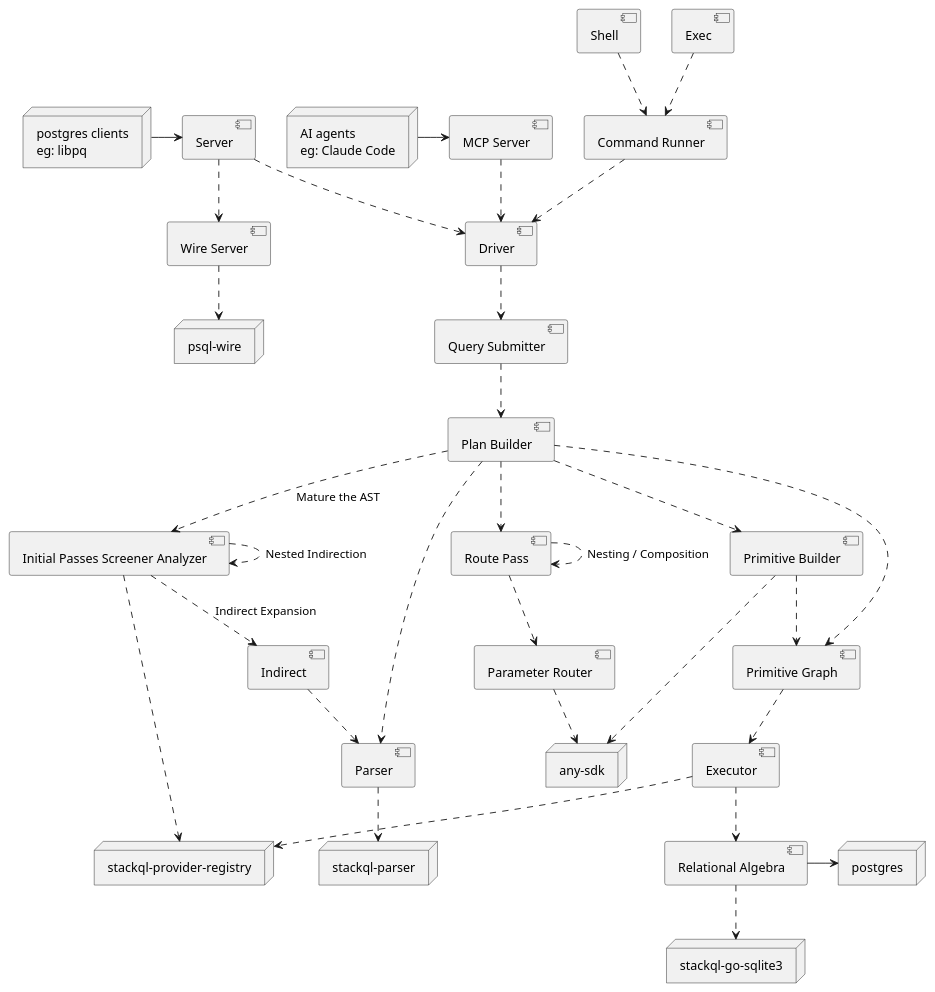
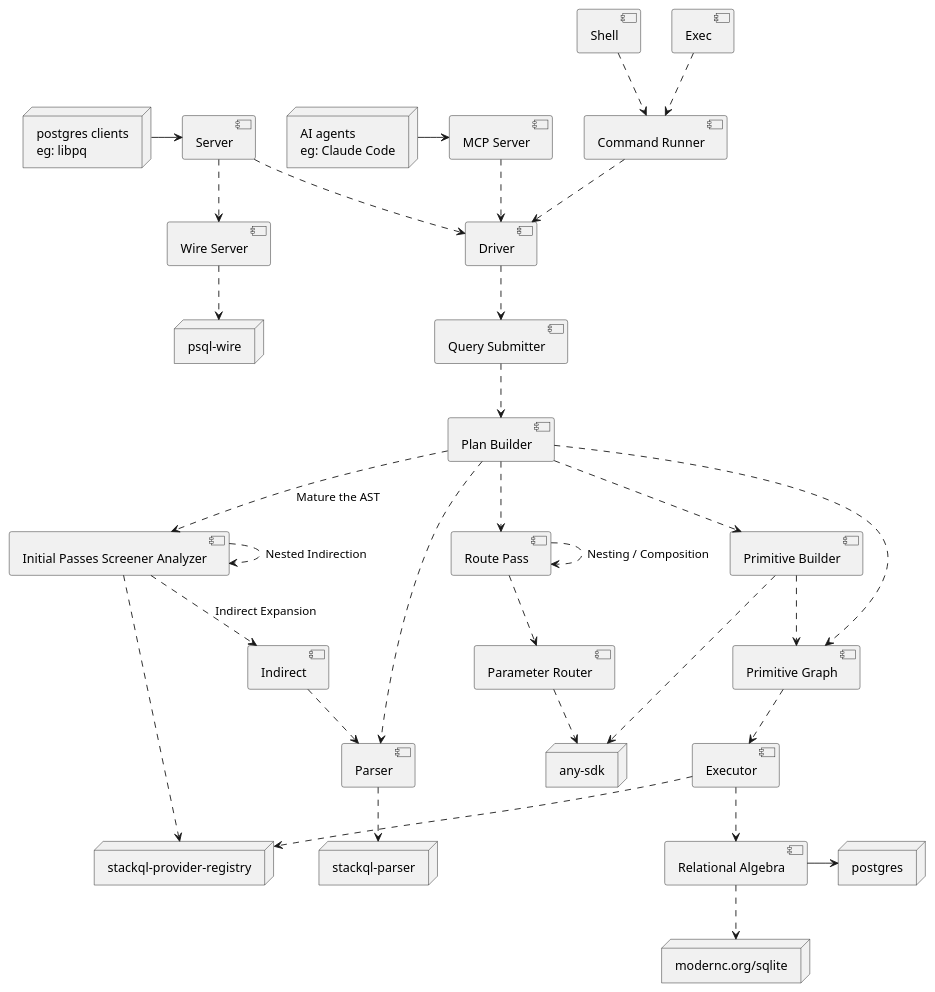
The diagram in docs/diagrams/plantuml/hld-components.puml (stackql/stackql), drawn with PlantUML before and after one commit. The commit also changed 28 other files, not shown here.

First line of the commit message:
migrate-embedded-sqlite-to-pure-go-modernc (#786)

```diff
--- a/docs/diagrams/plantuml/hld-components.puml
+++ b/docs/diagrams/plantuml/hld-components.puml
@@ -1,46 +1,46 @@
 @startuml
 
 node "any-sdk" as AnySdk
 node "stackql-parser" as StackQLParser
 node "psql-wire" as PsqlWire
 node "stackql-provider-registry" as ProviderRegistry
-node "stackql-go-sqlite3" as StackqlSqlite
+node "modernc.org/sqlite" as StackqlSqlite
 node "postgres" as Postgres
 node "postgres clients\neg: libpq" as PostgresClient
 node "AI agents\neg: Claude Code" as AIAgent
 
 [Shell] ..> [Command Runner]
 [Exec] ..> [Command Runner]
 [Command Runner] ..> [Driver]
 PostgresClient ->  [Server]
 [Server] ..> [Driver]
 [Server] ..> [Wire Server]
 [Wire Server] ..> PsqlWire
 [MCP Server] ..> [Driver]
 AIAgent -> [MCP Server]
 [Driver] ..> [Query Submitter]
 [Query Submitter] ..> [Plan Builder]
 [Plan Builder] ..> [Initial Passes Screener Analyzer] : Mature the AST
 [Initial Passes Screener Analyzer] ..> [Initial Passes Screener Analyzer] : Nested Indirection
 [Initial Passes Screener Analyzer] ..> [Indirect] : Indirect Expansion
 [Initial Passes Screener Analyzer] ..> ProviderRegistry
 [Plan Builder] ..> [Parser]
 [Indirect] ..> [Parser]
 [Parser] ..> StackQLParser
 [Plan Builder] ..> [Route Pass]
 [Plan Builder] ..> [Primitive Builder]
 [Primitive Builder] ..> [Primitive Graph]
 [Plan Builder] ..> [Primitive Graph]
 [Primitive Graph] ..> [Executor]
 [Executor] ..> [Relational Algebra]
 [Executor] ..> ProviderRegistry
 [Relational Algebra] ..> StackqlSqlite
 [Relational Algebra] -> Postgres
 [Primitive Builder] ..> AnySdk
 [Route Pass] ..> [Parameter Router]
 [Parameter Router] ..> AnySdk
 [Route Pass] ..> [Route Pass] : Nesting / Composition
 
 
 
 @enduml
```
